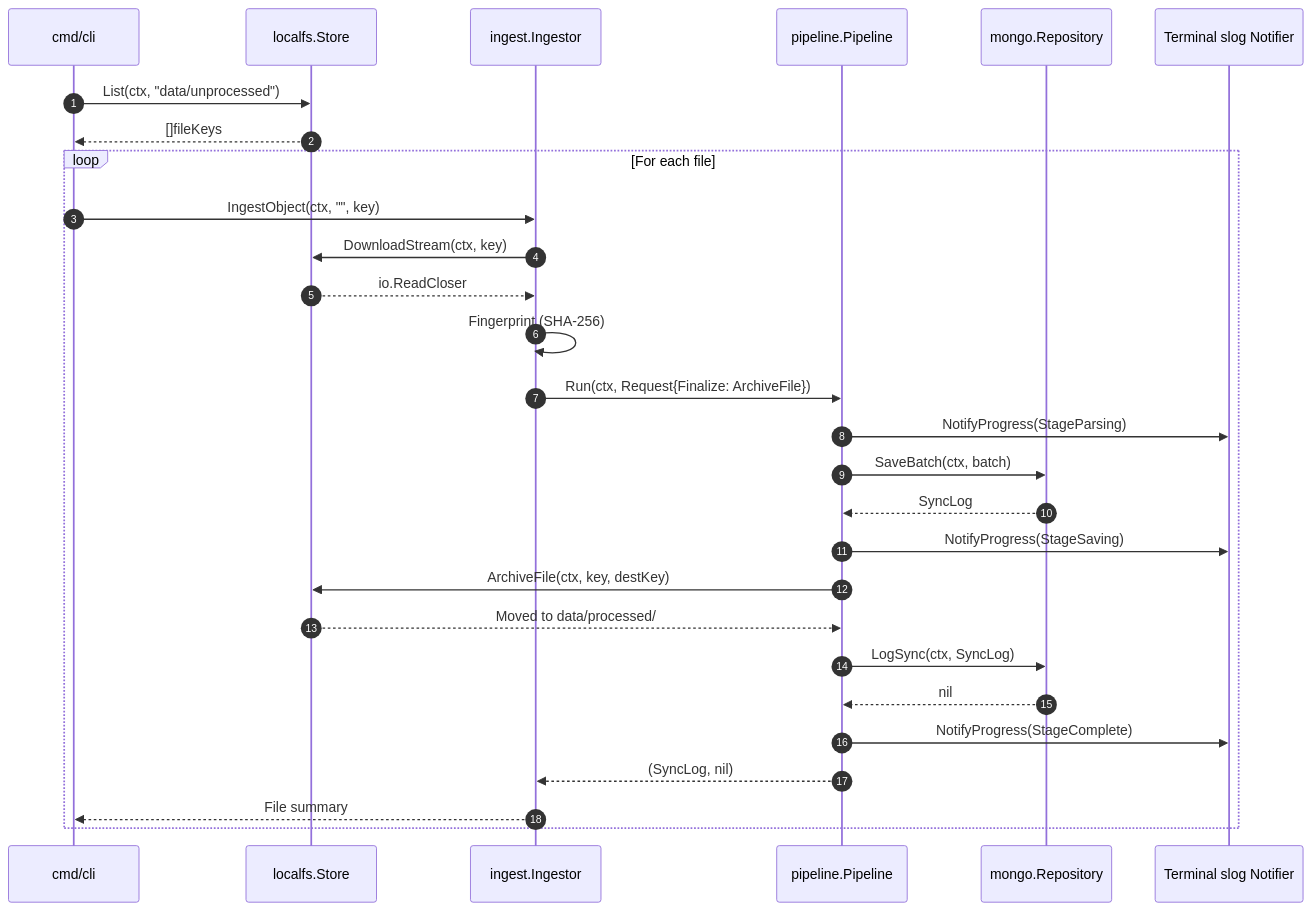
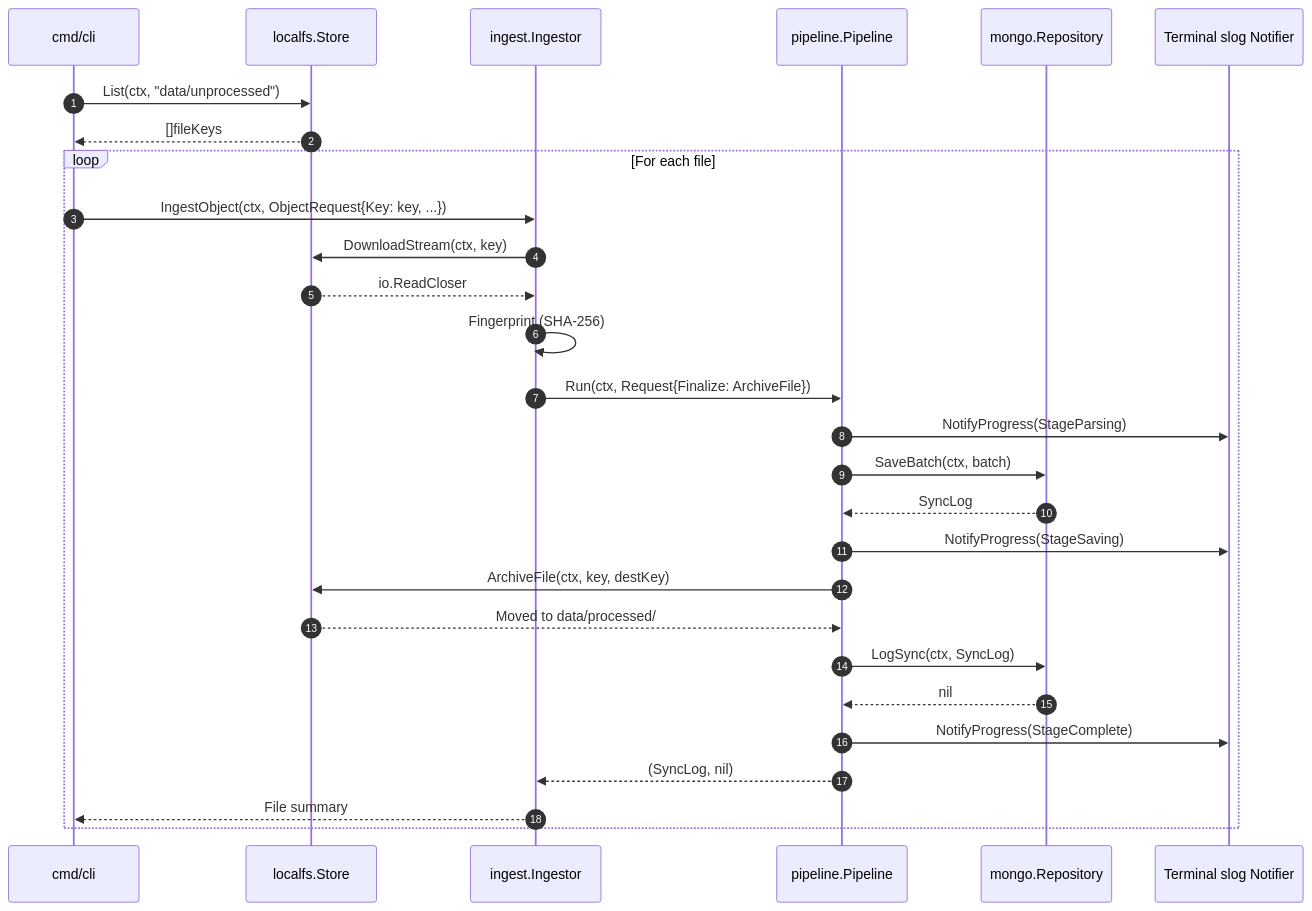
One commit to ajponte/babylon_data_loader changed the second of 3 diagrams in docs/specs/hexagonal-application-pipeline.md. Above: the diagram before and after it, drawn with Mermaid. The commit also changed other lines of this file and 2 other files, not shown here.

Commit message:
feat(ingest): object ingestion use case coordinator (Phase 4F) (#88)

````diff
--- a/docs/specs/hexagonal-application-pipeline.md
+++ b/docs/specs/hexagonal-application-pipeline.md
@@ -254,31 +254,31 @@
 ```mermaid
 sequenceDiagram
     autonumber
     participant CLI as cmd/cli
     participant LFS as localfs.Store
     participant I as ingest.Ingestor
     participant P as pipeline.Pipeline
     participant R as mongo.Repository
     participant Notifier as Terminal slog Notifier
 
     CLI->>LFS: List(ctx, "data/unprocessed")
     LFS-->>CLI: []fileKeys
     loop For each file
-        CLI->>I: IngestObject(ctx, "", key)
+        CLI->>I: IngestObject(ctx, ObjectRequest{Key: key, ...})
         I->>LFS: DownloadStream(ctx, key)
         LFS-->>I: io.ReadCloser
         I->>I: Fingerprint (SHA-256)
         I->>P: Run(ctx, Request{Finalize: ArchiveFile})
         P->>Notifier: NotifyProgress(StageParsing)
         P->>R: SaveBatch(ctx, batch)
         R-->>P: SyncLog
         P->>Notifier: NotifyProgress(StageSaving)
         P->>LFS: ArchiveFile(ctx, key, destKey)
         LFS-->>P: Moved to data/processed/
         P->>R: LogSync(ctx, SyncLog)
         R-->>P: nil
         P->>Notifier: NotifyProgress(StageComplete)
         P-->>I: (SyncLog, nil)
         I-->>CLI: File summary
     end
 ```
````
